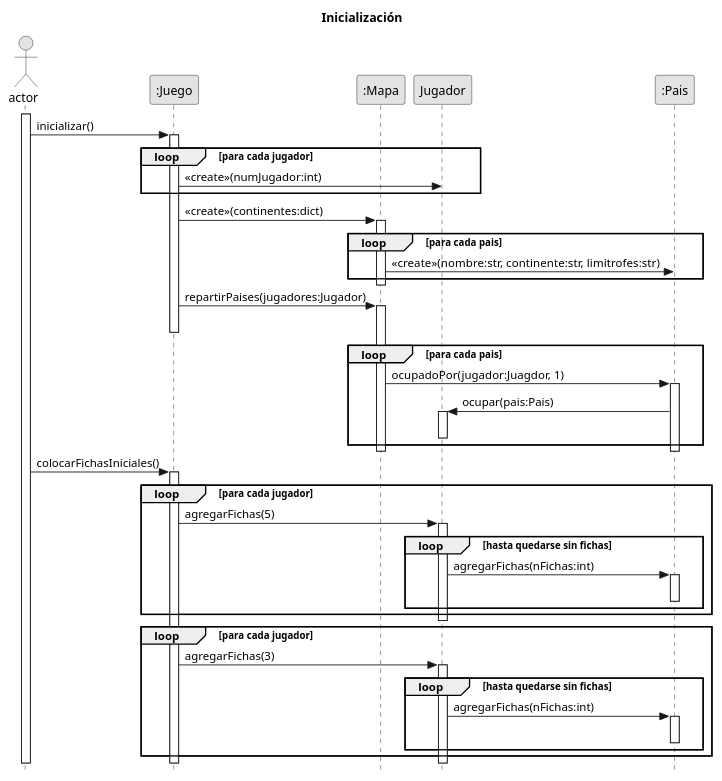
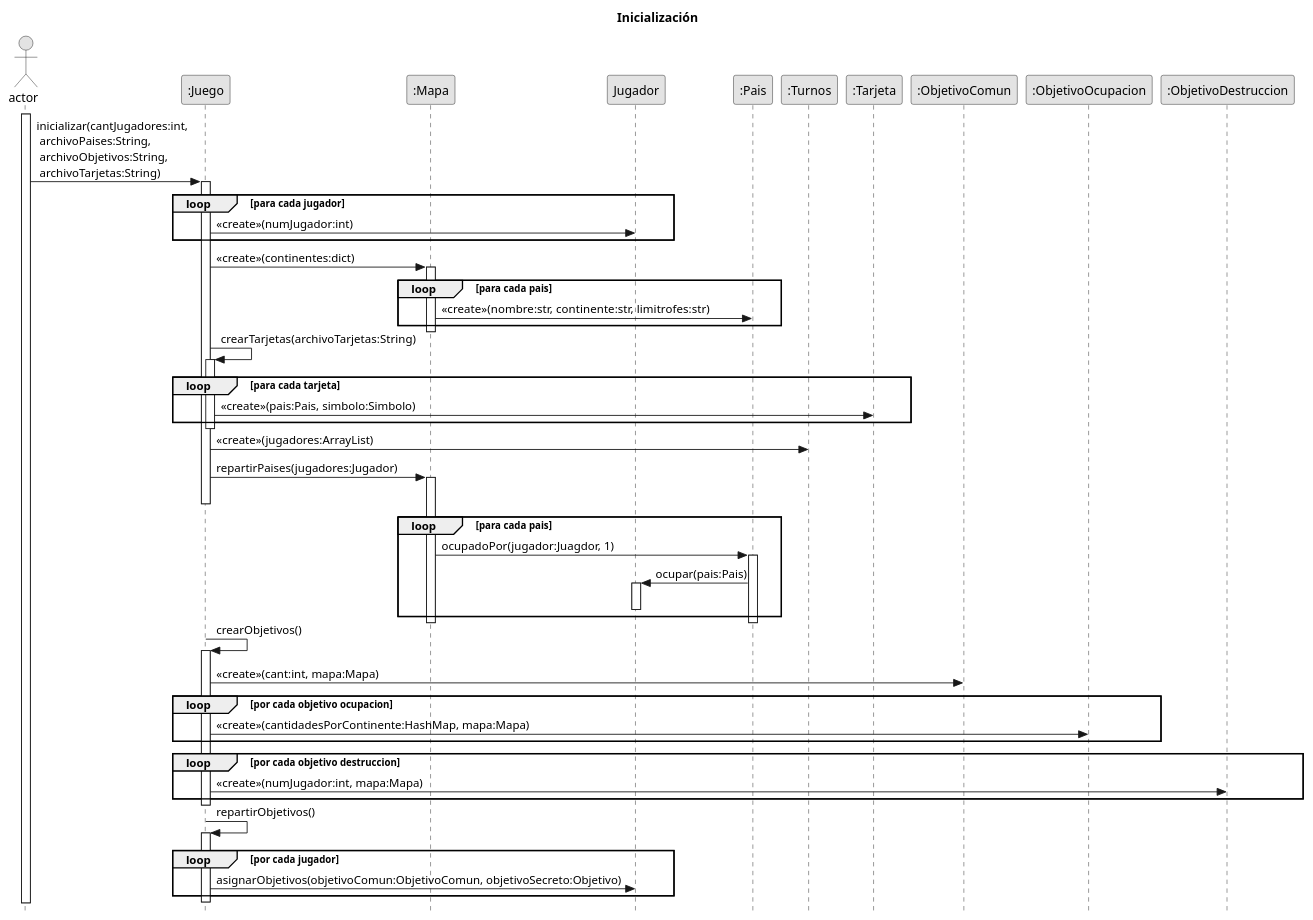
Before and after one commit to Gabrielsem/A.L.T.E.G.O.: the diagram in UML/inicializacion.plantuml, drawn with PlantUML. The commit also changed 7 other files, not shown here.

Commit message:
cambio UML inicialización y cambio nombres imágenes

```diff
--- a/UML/inicializacion.plantuml
+++ b/UML/inicializacion.plantuml
@@ -1,81 +1,87 @@
 @startuml
 /'title Inicialización
 skinparam responseMessageBelowArrow true
 skinparam monochrome true
 skinparam style strictuml
 hide footbox
 
 Actor actor
 participant juego as ":Juego"
 participant jug as "Jugador"
 participant pais as ":Pais"
 
 actor ++
 actor -> juego ++: agregarPaises(paises)
 
 actor -> juego: inicializar()
 
 loop para cada pais
     juego -> jug: ocupar(pais)
     juego -> pais: ocupadoPor(jugador, 1)
 end loop
 '/
 
 title Inicialización
 skinparam responseMessageBelowArrow true
 skinparam monochrome true
 skinparam style strictuml
 hide footbox
 
 Actor actor
 participant juego as ":Juego"
 participant mapa as ":Mapa"
 participant jug as "Jugador"
 participant pais as ":Pais"
-
+participant turnos as ":Turnos"
+participant tarjeta as ":Tarjeta"
 actor ++
-actor -> juego++: inicializar()
+actor -> juego++: inicializar(cantJugadores:int, \n archivoPaises:String,\n archivoObjetivos:String, \n archivoTarjetas:String)
 
 loop para cada jugador
     juego -> jug: <<create>>(numJugador:int)
 end loop
 
 juego -> mapa++: <<create>>(continentes:dict)
 
 loop para cada pais
     mapa -> pais: <<create>>(nombre:str, continente:str, limitrofes:str)
 end loop
 mapa--
 
+juego -> juego++: crearTarjetas(archivoTarjetas:String)
+loop para cada tarjeta
+juego -> tarjeta: <<create>>(pais:Pais, simbolo:Simbolo)
+end loop
+juego--
+
+juego -> turnos: <<create>>(jugadores:ArrayList)
+
+
 juego -> mapa++: repartirPaises(jugadores:Jugador)
 juego--
 
 loop para cada pais
     mapa -> pais++: ocupadoPor(jugador:Juagdor, 1)
     pais -> jug++: ocupar(pais:Pais)
     jug--
 end loop
 mapa--
 pais--
 
-actor -> juego++: colocarFichasIniciales()
+juego -> juego++: crearObjetivos()
+juego -> ":ObjetivoComun": <<create>>(cant:int, mapa:Mapa)
+loop por cada objetivo ocupacion
+juego -> ":ObjetivoOcupacion": <<create>>(cantidadesPorContinente:HashMap, mapa:Mapa)
+end loop
+loop por cada objetivo destruccion
+juego -> ":ObjetivoDestruccion": <<create>>(numJugador:int, mapa:Mapa)
+end loop
+juego--
 
-loop para cada jugador
-    juego -> jug++: agregarFichas(5)
-    loop hasta quedarse sin fichas
-        jug -> pais++: agregarFichas(nFichas:int)
-        pais--
-    end loop
+juego -> juego++: repartirObjetivos()
+loop por cada jugador
+juego -> jug: asignarObjetivos(objetivoComun:ObjetivoComun, objetivoSecreto:Objetivo)
 end loop
-jug--
-
-loop para cada jugador
-    juego -> jug++: agregarFichas(3)
-    loop hasta quedarse sin fichas
-        jug -> pais++: agregarFichas(nFichas:int)
-        pais--
-    end loop
-end loop
-
+juego--
 
 @enduml
```
